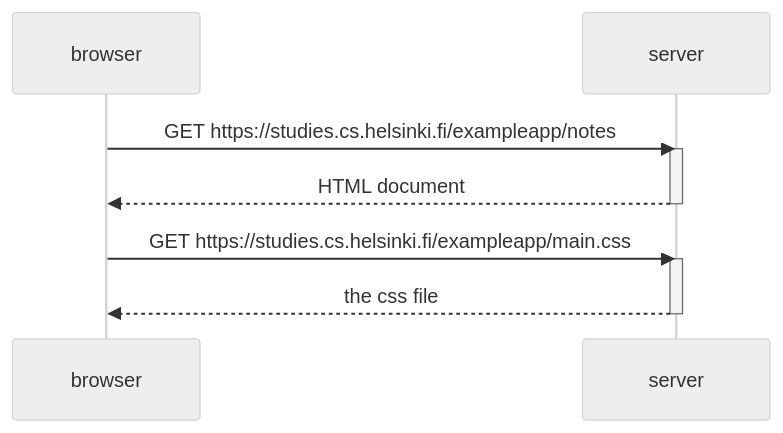
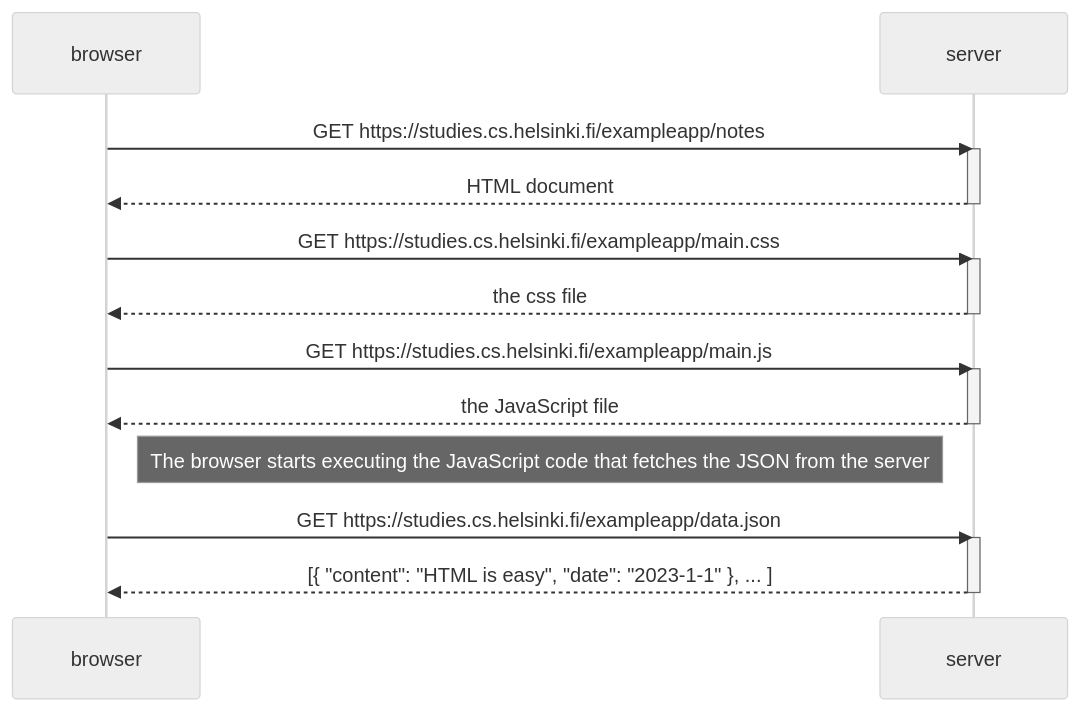
One commit to dannyhu1/fullstackhelsinkiuni changed the diagram in folder/0.4.md. Above: the diagram before and after it, drawn with Mermaid (neutral theme).

````diff
--- a/folder/0.4.md
+++ b/folder/0.4.md
@@ -1,16 +1,29 @@
 ```mermaid
+
 sequenceDiagram
     participant browser
     participant server
 
     browser->>server: GET https://studies.cs.helsinki.fi/exampleapp/notes
     activate server
     server-->>browser: HTML document
     deactivate server
 
     browser->>server: GET https://studies.cs.helsinki.fi/exampleapp/main.css
     activate server
     server-->>browser: the css file
     deactivate server
 
+    browser->>server: GET https://studies.cs.helsinki.fi/exampleapp/main.js
+    activate server
+    server-->>browser: the JavaScript file
+    deactivate server
+
+    Note right of browser: The browser starts executing the JavaScript code that fetches the JSON from the server
+
+    browser->>server: GET https://studies.cs.helsinki.fi/exampleapp/data.json
+    activate server
+    server-->>browser: [{ "content": "HTML is easy", "date": "2023-1-1" }, ... ]
+    deactivate server
+
 ```
````
